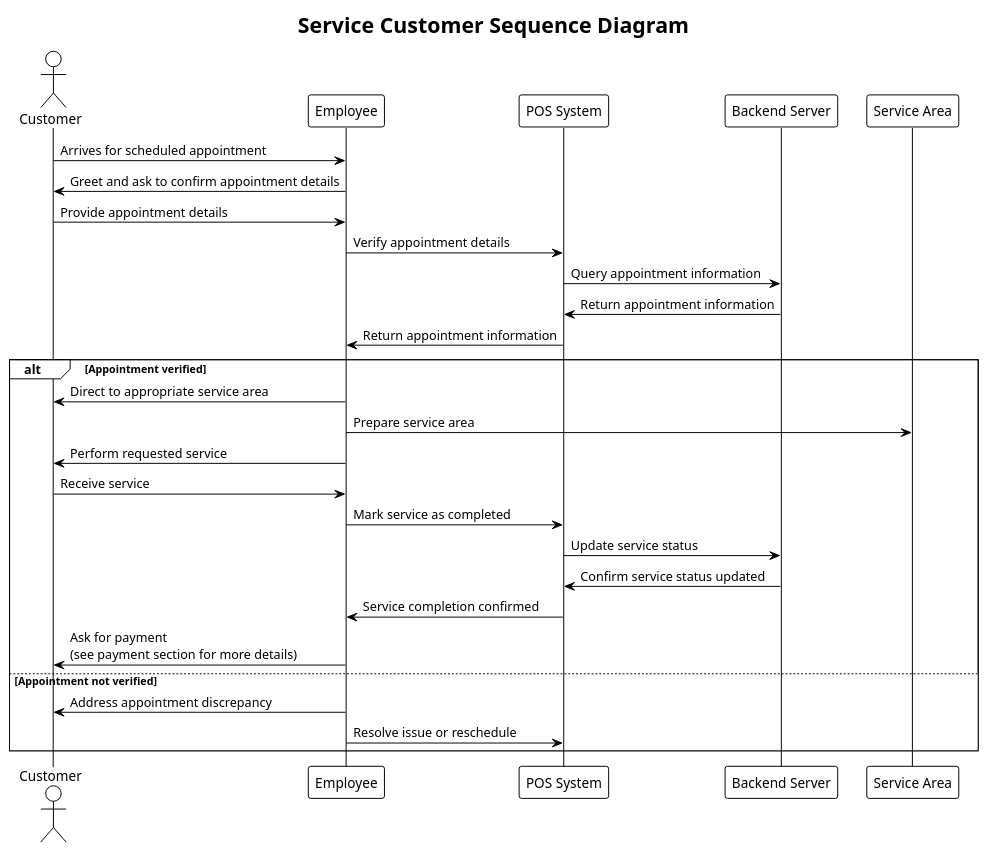
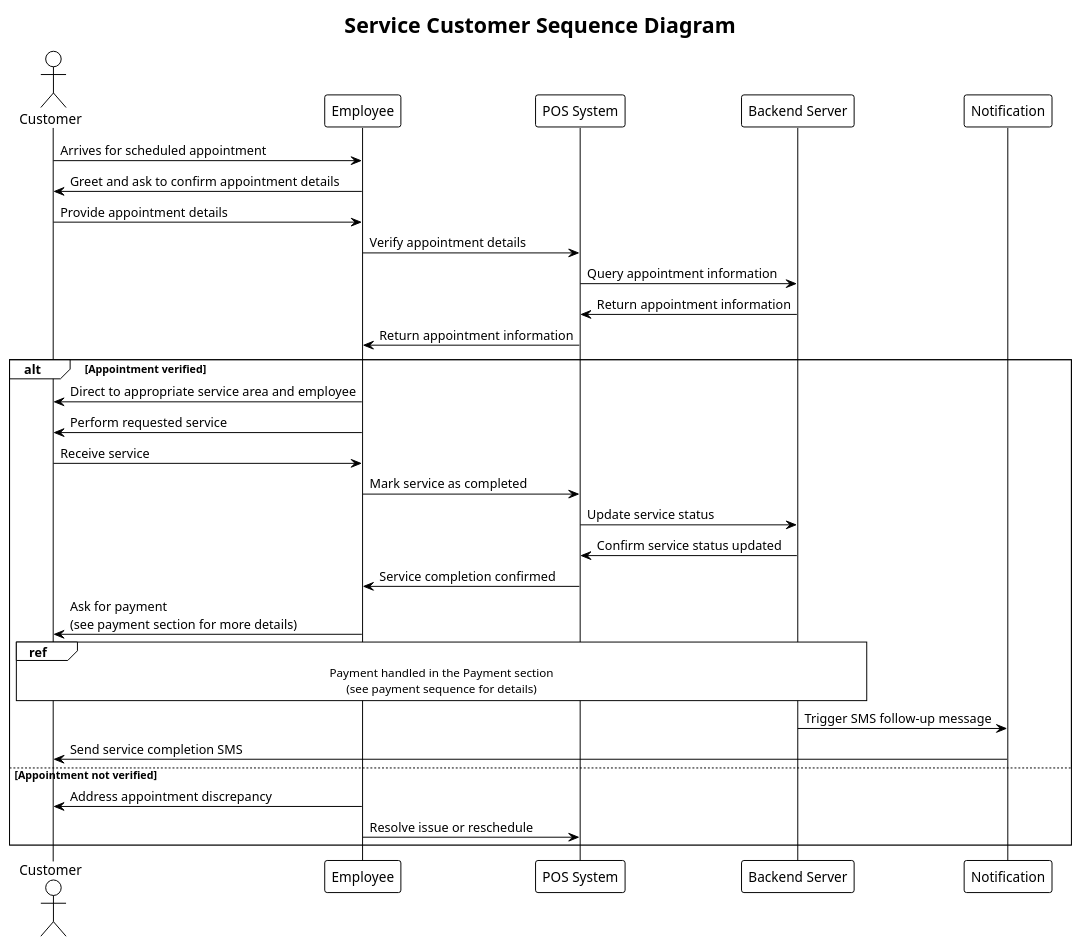
Before and after one commit to user5427/ps-design: the diagram in docs/ps-design/design-document/diagrams/services/service_customer_sequence.puml, drawn with PlantUML. The commit also changed 19 other files, not shown here.

```diff
--- a/docs/ps-design/design-document/diagrams/services/service_customer_sequence.puml
+++ b/docs/ps-design/design-document/diagrams/services/service_customer_sequence.puml
@@ -1,34 +1,35 @@
 @startuml service_customer_sequence
 !theme plain
 title Service Customer Sequence Diagram
 
 actor Customer
 participant Employee
 participant "POS System" as POS
 participant "Backend Server" as Backend
-participant "Service Area" as Service
 
 Customer -> Employee: Arrives for scheduled appointment
 Employee -> Customer: Greet and ask to confirm appointment details
 Customer -> Employee: Provide appointment details
 Employee -> POS: Verify appointment details
 POS -> Backend: Query appointment information
 Backend -> POS: Return appointment information
 POS -> Employee: Return appointment information
 
 alt Appointment verified
-  Employee -> Customer: Direct to appropriate service area
-  Employee -> Service: Prepare service area
+  Employee -> Customer: Direct to appropriate service area and employee
   Employee -> Customer: Perform requested service
   Customer -> Employee: Receive service
   Employee -> POS: Mark service as completed
   POS -> Backend: Update service status
   Backend -> POS: Confirm service status updated
   POS -> Employee: Service completion confirmed
   Employee -> Customer: Ask for payment \n(see payment section for more details)
+  ref over Employee, POS, Backend, Customer: Payment handled in the Payment section\n(see payment sequence for details)
+  Backend -> Notification: Trigger SMS follow-up message
+  Notification -> Customer: Send service completion SMS
 else Appointment not verified
   Employee -> Customer: Address appointment discrepancy
   Employee -> POS: Resolve issue or reschedule
 end
 
 @enduml
```
